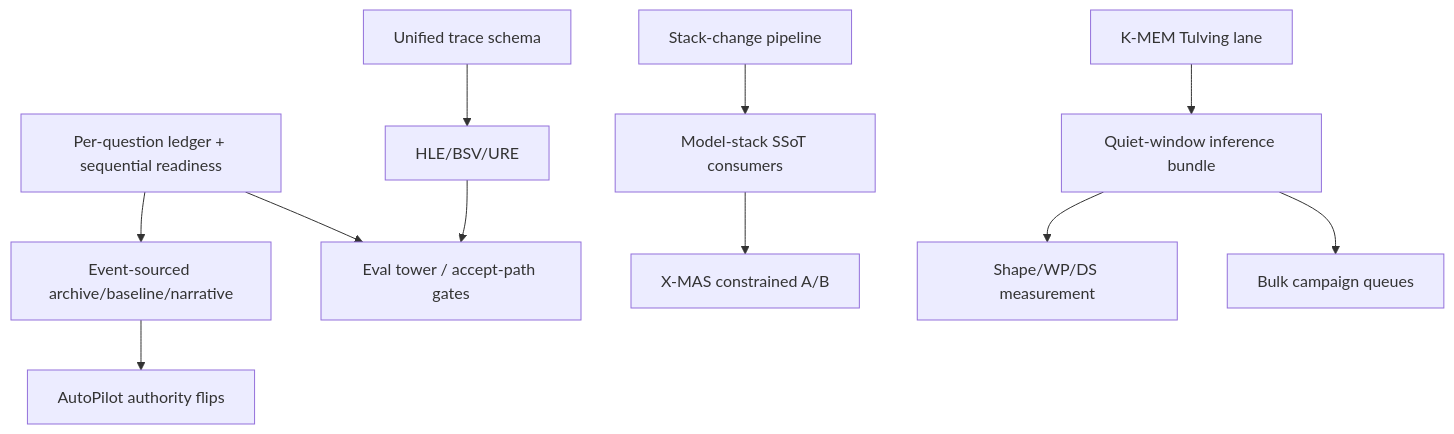
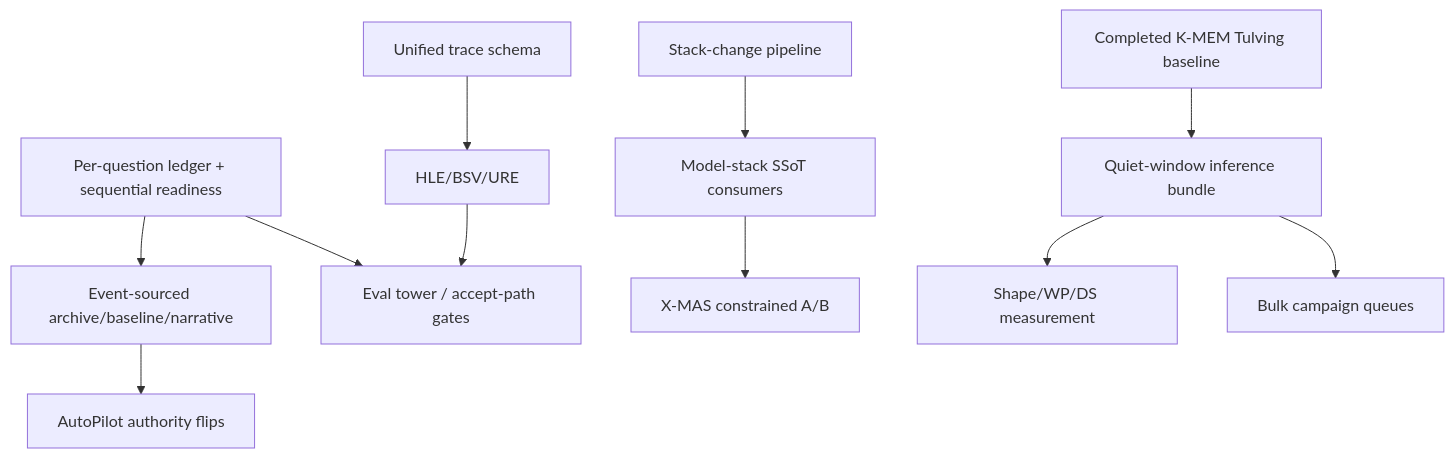
Before and after one commit to pestopoppa/epyc-root: the diagram in handoffs/active/routing-and-optimization-index.md, drawn with Mermaid. The commit also changed other lines of this file and 10 other files, not shown here.

Commit message:
Record K-MEM Tulving completion wrap-up

````diff
--- a/handoffs/active/routing-and-optimization-index.md
+++ b/handoffs/active/routing-and-optimization-index.md
@@ -85,13 +85,13 @@
 ```mermaid
 flowchart TD
     N2[Per-question ledger + sequential readiness] --> A8[Event-sourced archive/baseline/narrative]
     N2 --> Eval[Eval tower / accept-path gates]
     A8 --> AutoPilot[AutoPilot authority flips]
     N11[Stack-change pipeline] --> N11a[Model-stack SSoT consumers]
     N11a --> Xmas[X-MAS constrained A/B]
-    KMem[K-MEM Tulving lane] --> Quiet[Quiet-window inference bundle]
+    KMem[Completed K-MEM Tulving baseline] --> Quiet[Quiet-window inference bundle]
     Quiet --> Shape[Shape/WP/DS measurement]
     Quiet --> Bulk[Bulk campaign queues]
     Trace[Unified trace schema] --> HLE[HLE/BSV/URE]
     HLE --> Eval
 ```
````
